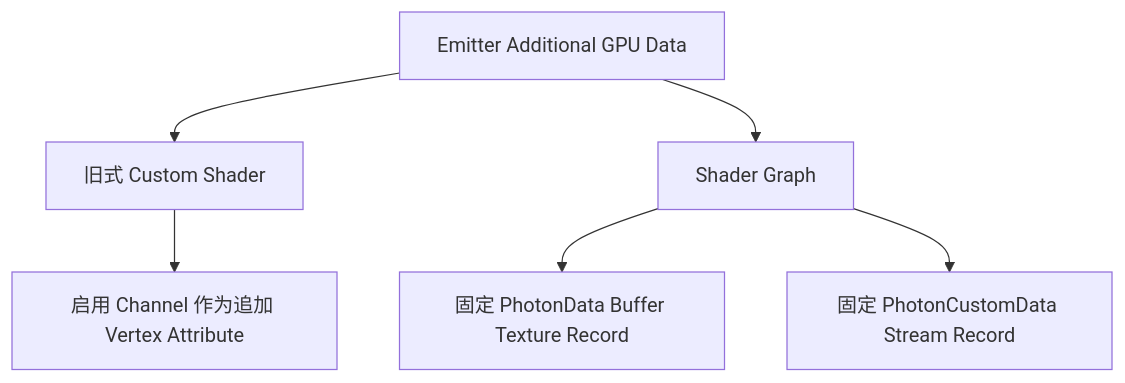
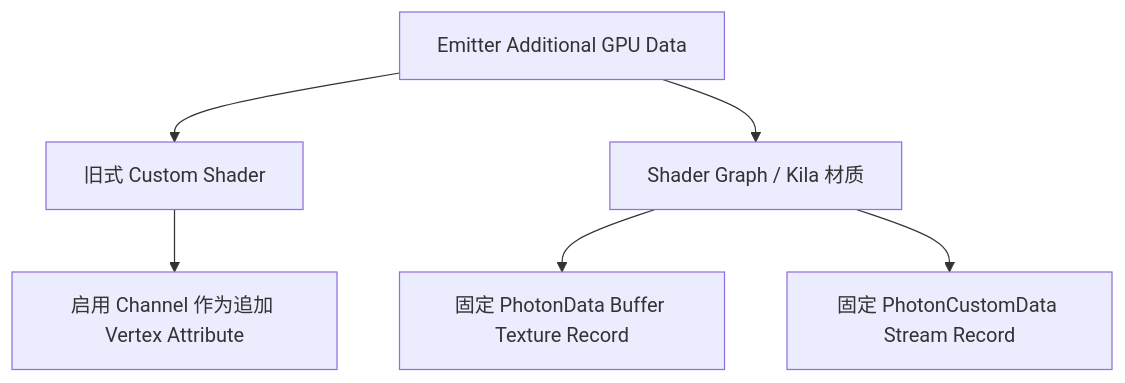
One commit to Low-Drag-MC/LowDragMC-Doc changed the diagram in docs/zh/photon2/shaders-and-gpu/vertex-formats-and-instancing.md. Above: the diagram before and after it, drawn with Mermaid. The commit also changed other lines of this file and 162 other files, not shown here.

````diff
--- a/docs/zh/photon2/shaders-and-gpu/vertex-formats-and-instancing.md
+++ b/docs/zh/photon2/shaders-and-gpu/vertex-formats-and-instancing.md
@@ -25,8 +39,8 @@
 ```mermaid
 flowchart TD
     S["Emitter Additional GPU Data"] --> L["旧式 Custom Shader"]
-    S --> G["Shader Graph"]
+    S --> G["Shader Graph / Kila 材质"]
     L --> A["启用 Channel 作为追加 Vertex Attribute"]
     G --> B["固定 PhotonData Buffer Texture Record"]
     G --> C["固定 PhotonCustomData Stream Record"]
 ```
````
